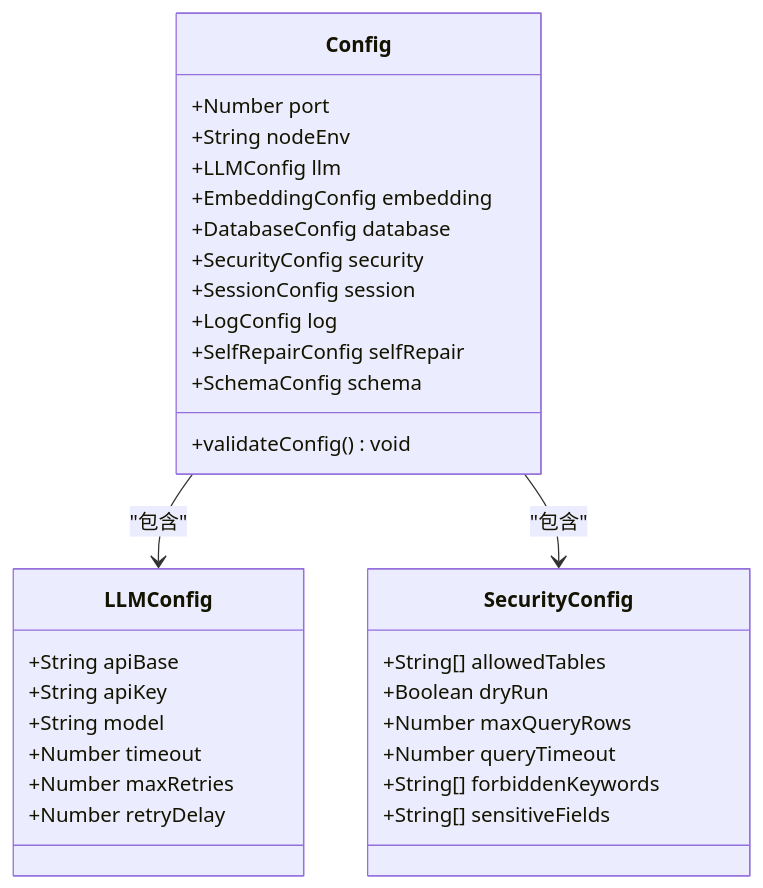
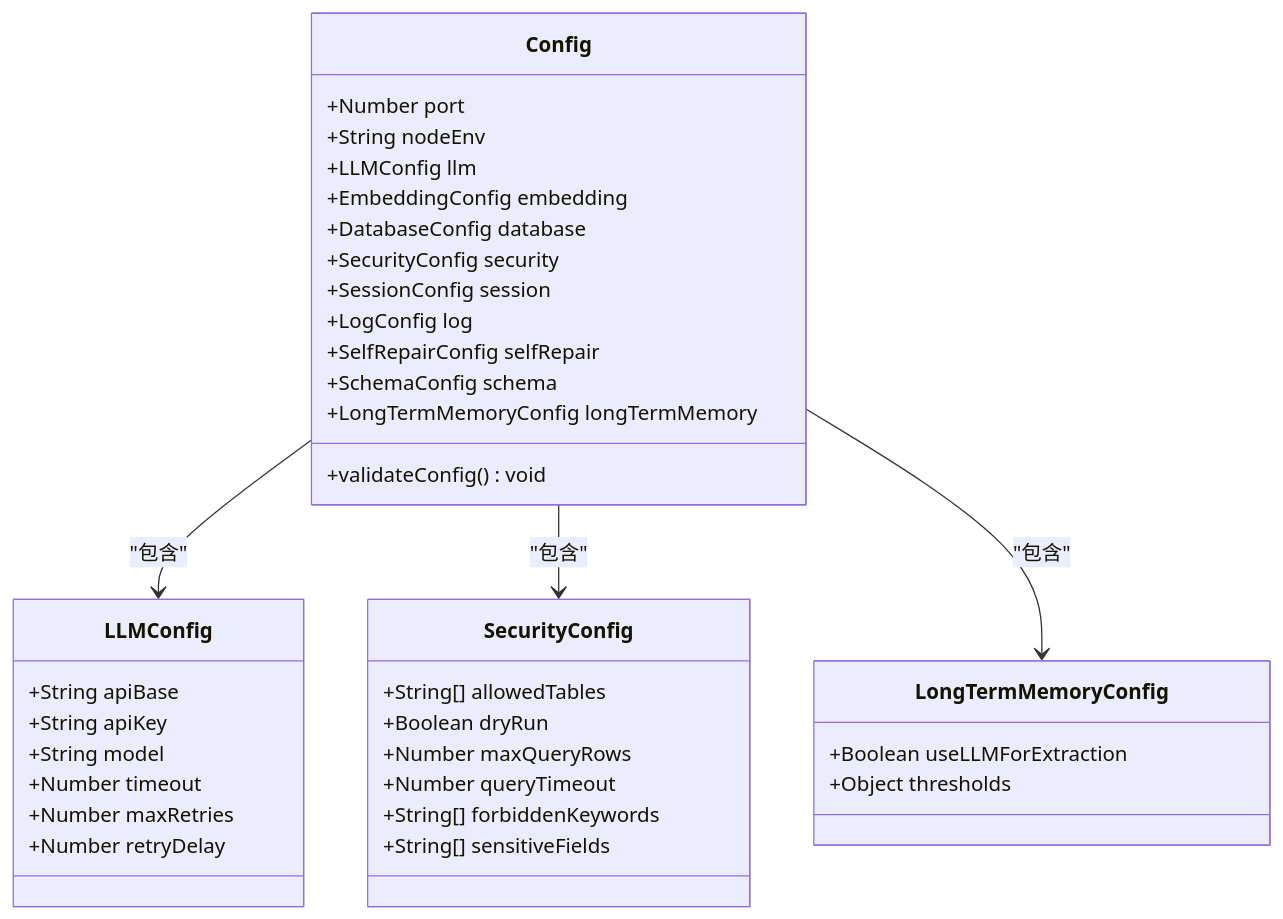
One commit to HanHuiOnLine/724-office changed diagram 15 of 16 in .qoder/repowiki/zh/content/架构设计/NL2SQL系统架构设计.md. Above: the diagram before and after it, drawn with Mermaid. The commit also changed other lines of this file and 115 other files, not shown here.

````diff
--- a/.qoder/repowiki/zh/content/架构设计/NL2SQL系统架构设计.md
+++ b/.qoder/repowiki/zh/content/架构设计/NL2SQL系统架构设计.md
@@ -424,34 +543,40 @@
 ```mermaid
 classDiagram
 class Config {
 +Number port
 +String nodeEnv
 +LLMConfig llm
 +EmbeddingConfig embedding
 +DatabaseConfig database
 +SecurityConfig security
 +SessionConfig session
 +LogConfig log
 +SelfRepairConfig selfRepair
 +SchemaConfig schema
++LongTermMemoryConfig longTermMemory
 +validateConfig() void
 }
 class LLMConfig {
 +String apiBase
 +String apiKey
 +String model
 +Number timeout
 +Number maxRetries
 +Number retryDelay
 }
 class SecurityConfig {
 +String[] allowedTables
 +Boolean dryRun
 +Number maxQueryRows
 +Number queryTimeout
 +String[] forbiddenKeywords
 +String[] sensitiveFields
 }
+class LongTermMemoryConfig {
++Boolean useLLMForExtraction
++Object thresholds
+}
 Config --> LLMConfig : "包含"
 Config --> SecurityConfig : "包含"
+Config --> LongTermMemoryConfig : "包含"
 ```
````
